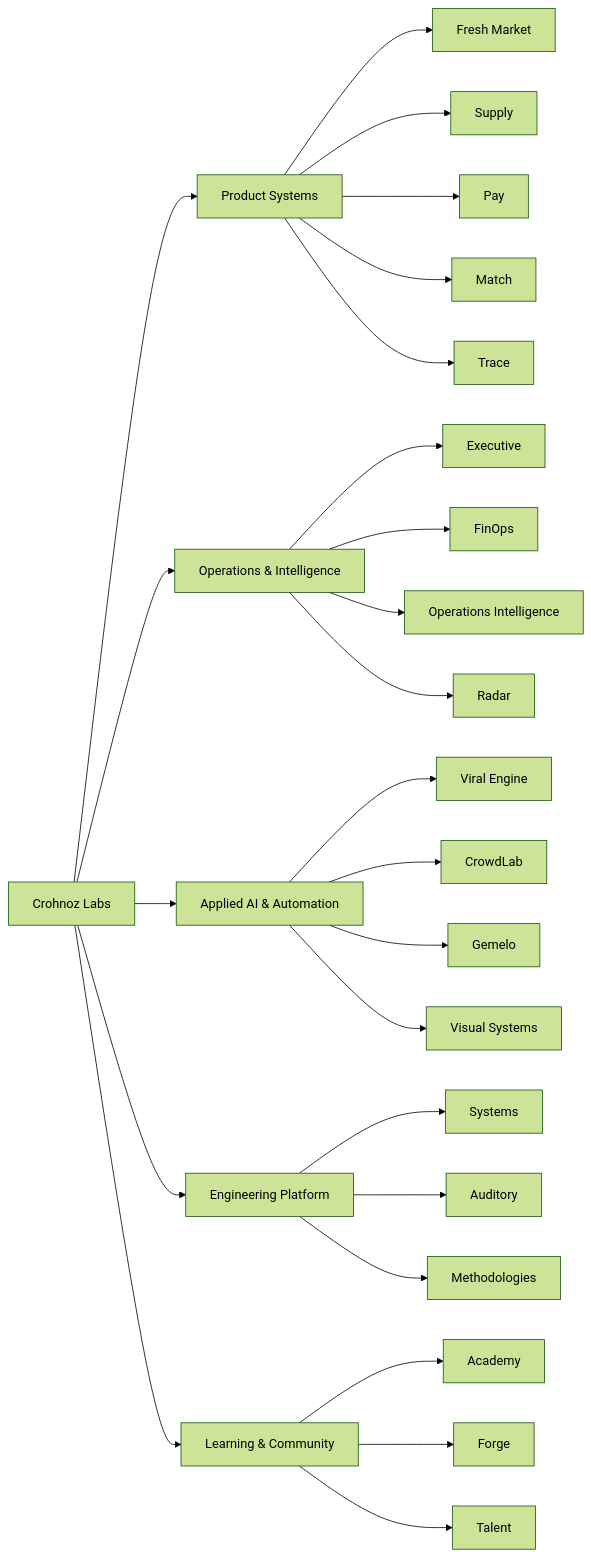
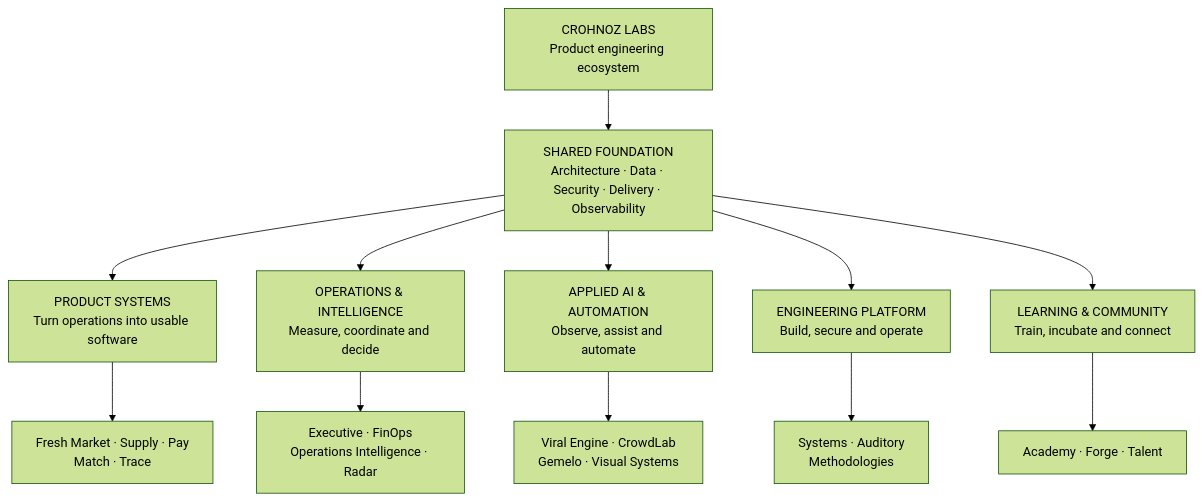
Before and after one commit to Crohnoz/Crohnoz: the diagram in README.md, drawn with Mermaid (forest theme). The commit also changed other lines of this file, not shown here.

Commit message:
docs: refine Crohnoz Labs ecosystem map

````diff
--- a/README.md
+++ b/README.md
@@ -27,34 +27,19 @@
 ```mermaid
-flowchart LR
-    LAB[Crohnoz Labs]
+flowchart TB
+    LAB["CROHNOZ LABS<br/>Product engineering ecosystem"]
+    FOUNDATION["SHARED FOUNDATION<br/>Architecture · Data · Security · Delivery · Observability"]
 
-    LAB --> PRODUCT[Product Systems]
-    LAB --> OPS[Operations & Intelligence]
-    LAB --> AI[Applied AI & Automation]
-    LAB --> ENG[Engineering Platform]
-    LAB --> COMMUNITY[Learning & Community]
+    LAB --> FOUNDATION
 
-    PRODUCT --> FM[Fresh Market]
-    PRODUCT --> SUPPLY[Supply]
-    PRODUCT --> PAY[Pay]
-    PRODUCT --> MATCH[Match]
-    PRODUCT --> TRACE[Trace]
+    FOUNDATION --> PRODUCT["PRODUCT SYSTEMS<br/>Turn operations into usable software"]
+    FOUNDATION --> OPS["OPERATIONS & INTELLIGENCE<br/>Measure, coordinate and decide"]
+    FOUNDATION --> AI["APPLIED AI & AUTOMATION<br/>Observe, assist and automate"]
+    FOUNDATION --> ENG["ENGINEERING PLATFORM<br/>Build, secure and operate"]
+    FOUNDATION --> COMMUNITY["LEARNING & COMMUNITY<br/>Train, incubate and connect"]
 
-    OPS --> EXEC[Executive]
-    OPS --> FIN[FinOps]
-    OPS --> OI[Operations Intelligence]
-    OPS --> RADAR[Radar]
-
-    AI --> VIRAL[Viral Engine]
-    AI --> CROWD[CrowdLab]
-    AI --> GEMELO[Gemelo]
-    AI --> VISUAL[Visual Systems]
-
-    ENG --> SYSTEMS[Systems]
-    ENG --> AUDIT[Auditory]
-    ENG --> METHODS[Methodologies]
-
-    COMMUNITY --> ACADEMY[Academy]
-    COMMUNITY --> FORGE[Forge]
-    COMMUNITY --> TALENT[Talent]
+    PRODUCT --> PRODUCT_SET["Fresh Market · Supply · Pay<br/>Match · Trace"]
+    OPS --> OPS_SET["Executive · FinOps<br/>Operations Intelligence · Radar"]
+    AI --> AI_SET["Viral Engine · CrowdLab<br/>Gemelo · Visual Systems"]
+    ENG --> ENG_SET["Systems · Auditory<br/>Methodologies"]
+    COMMUNITY --> COMMUNITY_SET["Academy · Forge · Talent"]
 ```
````
